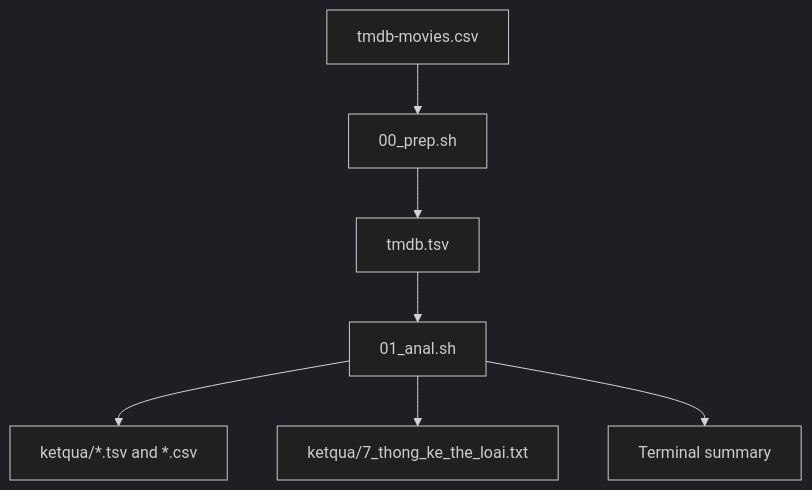
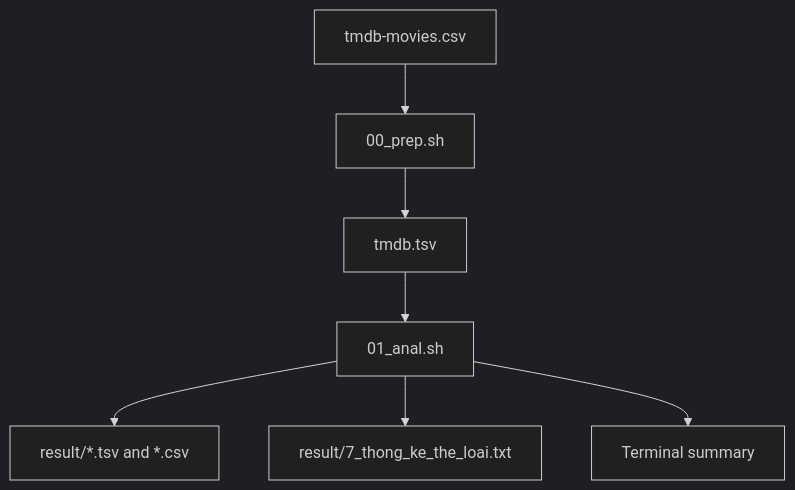
Before and after one commit to NguyenHieu-24/movies_analysis: the diagram in README.md, drawn with Mermaid (dark theme). The commit also changed other lines of this file, not shown here.

````diff
--- a/README.md
+++ b/README.md
@@ -81,9 +74,9 @@
 ```mermaid
 flowchart TD
     A["tmdb-movies.csv"] --> B["00_prep.sh"]
     B --> C["tmdb.tsv"]
     C --> D["01_anal.sh"]
-    D --> E["ketqua/*.tsv and *.csv"]
-    D --> F["ketqua/7_thong_ke_the_loai.txt"]
+    D --> E["result/*.tsv and *.csv"]
+    D --> F["result/7_thong_ke_the_loai.txt"]
     D --> G["Terminal summary"]
 ```
````
